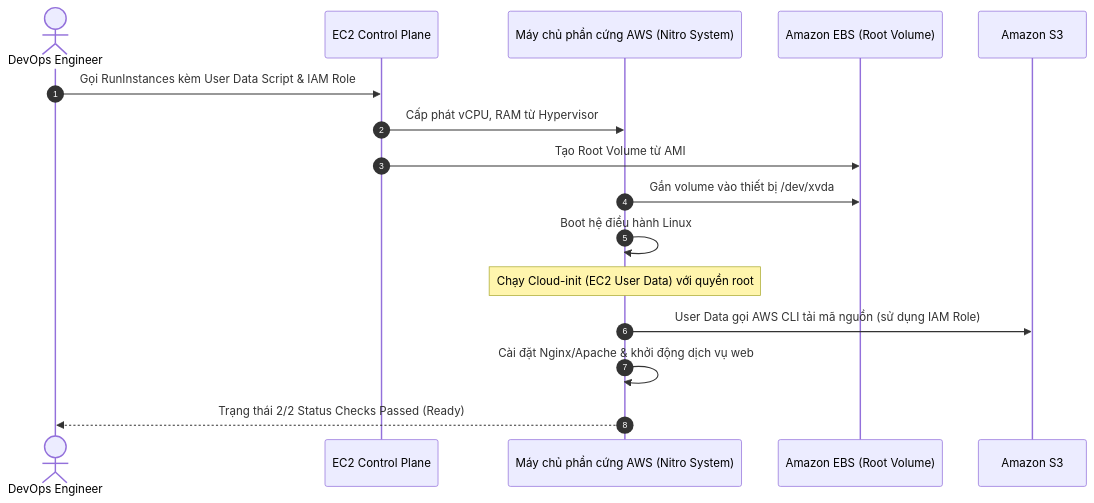
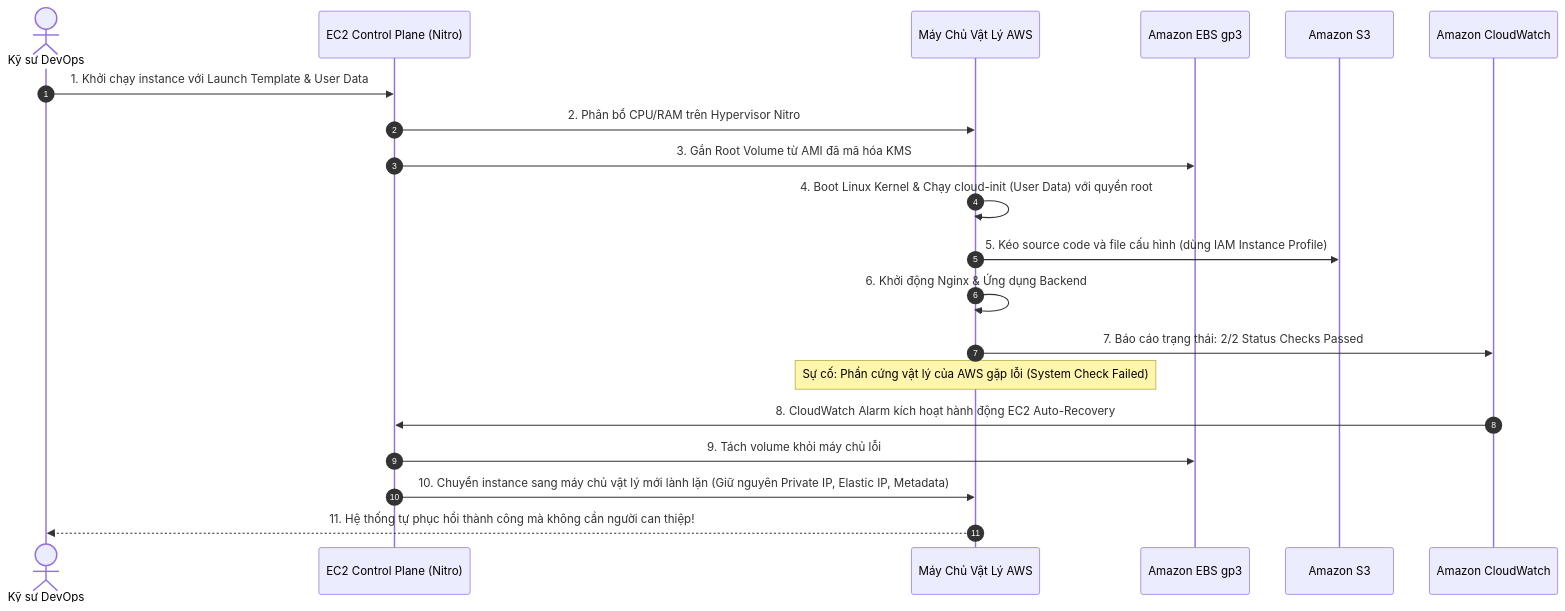
The sixth of 6 diagrams in AWS_Services/EC2_Elastic_Compute_Cloud.md (nhatphanhk/AWS_XBrain_Note), drawn with Mermaid before and after one commit. The commit also changed other lines of this file and 15 other files, not shown here.

````diff
--- a/AWS_Services/EC2_Elastic_Compute_Cloud.md
+++ b/AWS_Services/EC2_Elastic_Compute_Cloud.md
@@ -122,19 +221,24 @@
 ```mermaid
 sequenceDiagram
     autonumber
-    actor Admin as DevOps Engineer
-    participant API as EC2 Control Plane
-    participant Host as Máy chủ phần cứng AWS (Nitro System)
-    participant EBS as Amazon EBS (Root Volume)
+    actor DevOps as Kỹ sư DevOps
+    participant API as EC2 Control Plane (Nitro)
+    participant Host as Máy Chủ Vật Lý AWS
+    participant EBS as Amazon EBS gp3
     participant S3 as Amazon S3
+    participant CW as Amazon CloudWatch
 
-    Admin->>API: Gọi RunInstances kèm User Data Script & IAM Role
-    API->>Host: Cấp phát vCPU, RAM từ Hypervisor
-    API->>EBS: Tạo Root Volume từ AMI
-    Host->>EBS: Gắn volume vào thiết bị /dev/xvda
-    Host->>Host: Boot hệ điều hành Linux
-    Note over Host: Chạy Cloud-init (EC2 User Data) với quyền root
-    Host->>S3: User Data gọi AWS CLI tải mã nguồn (sử dụng IAM Role)
-    Host->>Host: Cài đặt Nginx/Apache & khởi động dịch vụ web
-    Host-->>Admin: Trạng thái 2/2 Status Checks Passed (Ready)
+    DevOps->>API: 1. Khởi chạy instance với Launch Template & User Data
+    API->>Host: 2. Phân bổ CPU/RAM trên Hypervisor Nitro
+    API->>EBS: 3. Gắn Root Volume từ AMI đã mã hóa KMS
+    Host->>Host: 4. Boot Linux Kernel & Chạy cloud-init (User Data) với quyền root
+    Host->>S3: 5. Kéo source code và file cấu hình (dùng IAM Instance Profile)
+    Host->>Host: 6. Khởi động Nginx & Ứng dụng Backend
+    Host->>CW: 7. Báo cáo trạng thái: 2/2 Status Checks Passed
+    
+    Note over Host: Sự cố: Phần cứng vật lý của AWS gặp lỗi (System Check Failed)
+    CW->>API: 8. CloudWatch Alarm kích hoạt hành động EC2 Auto-Recovery
+    API->>EBS: 9. Tách volume khỏi máy chủ lỗi
+    API->>Host: 10. Chuyển instance sang máy chủ vật lý mới lành lặn (Giữ nguyên Private IP, Elastic IP, Metadata)
+    Host-->>DevOps: 11. Hệ thống tự phục hồi thành công mà không cần người can thiệp!
 ```
````
